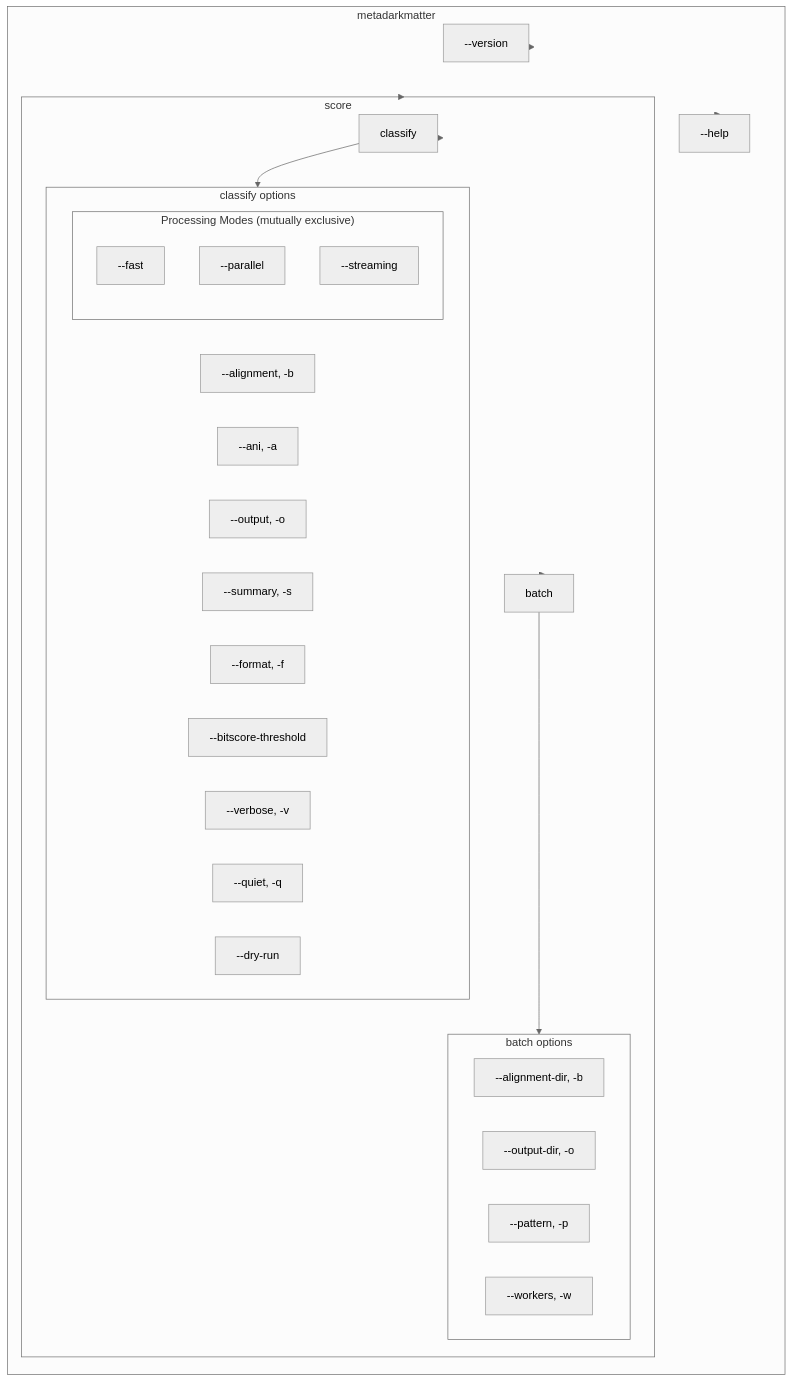
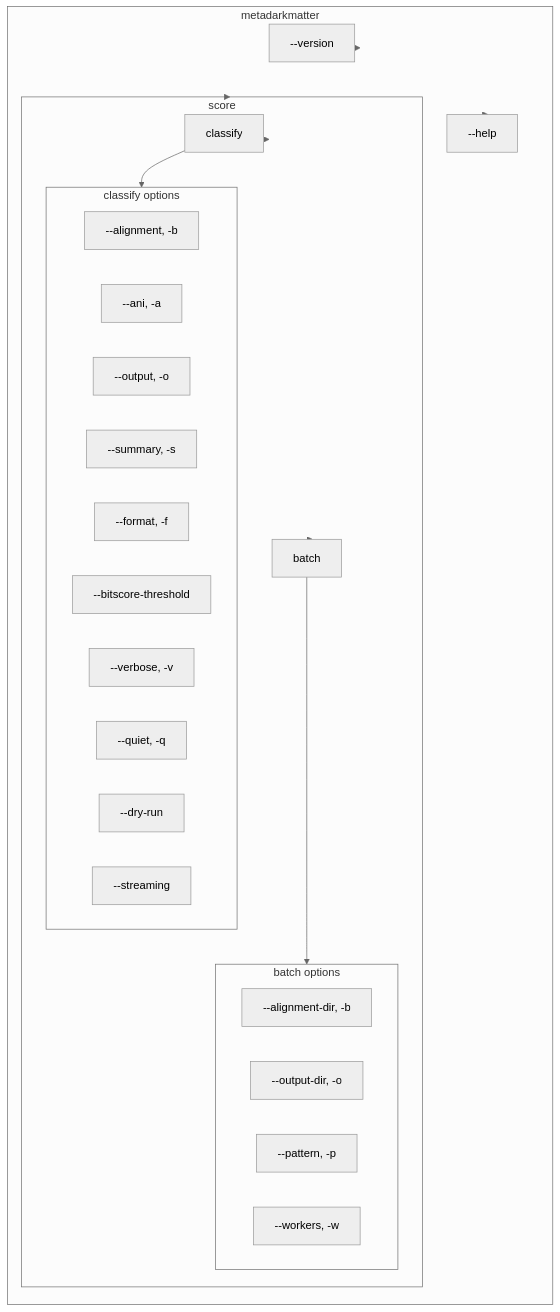
The eighth of 21 diagrams in docs/ARCHITECTURE.md (FOI-Bioinformatics/metadarkmatter), drawn with Mermaid (neutral theme) before and after one commit. The commit also changed other lines of this file and 19 other files, not shown here.

````diff
--- a/docs/ARCHITECTURE.md
+++ b/docs/ARCHITECTURE.md
@@ -309,45 +276,40 @@
 ```mermaid
 flowchart TB
     subgraph app["metadarkmatter"]
         VERSION["--version"]
         HELP["--help"]
 
         subgraph score["score"]
             CLASSIFY["classify"]
             BATCH["batch"]
 
             subgraph classify_opts["classify options"]
                 BLAST_OPT["--alignment, -b"]
                 ANI_OPT["--ani, -a"]
                 OUTPUT_OPT["--output, -o"]
                 SUMMARY_OPT["--summary, -s"]
                 FORMAT_OPT["--format, -f"]
                 THRESH_OPT["--bitscore-threshold"]
                 VERBOSE_OPT["--verbose, -v"]
                 QUIET_OPT["--quiet, -q"]
                 DRYRUN_OPT["--dry-run"]
-
-                subgraph modes["Processing Modes (mutually exclusive)"]
-                    FAST_OPT["--fast"]
-                    PARALLEL_OPT["--parallel"]
-                    STREAMING_OPT["--streaming"]
-                end
+                STREAMING_OPT["--streaming"]
             end
 
             subgraph batch_opts["batch options"]
                 BLASTDIR_OPT["--alignment-dir, -b"]
                 OUTPUTDIR_OPT["--output-dir, -o"]
                 PATTERN_OPT["--pattern, -p"]
                 WORKERS_OPT["--workers, -w"]
             end
         end
     end
 
     app --> VERSION
     app --> HELP
     app --> score
     score --> CLASSIFY
     score --> BATCH
     CLASSIFY --> classify_opts
     BATCH --> batch_opts
 ```
````
